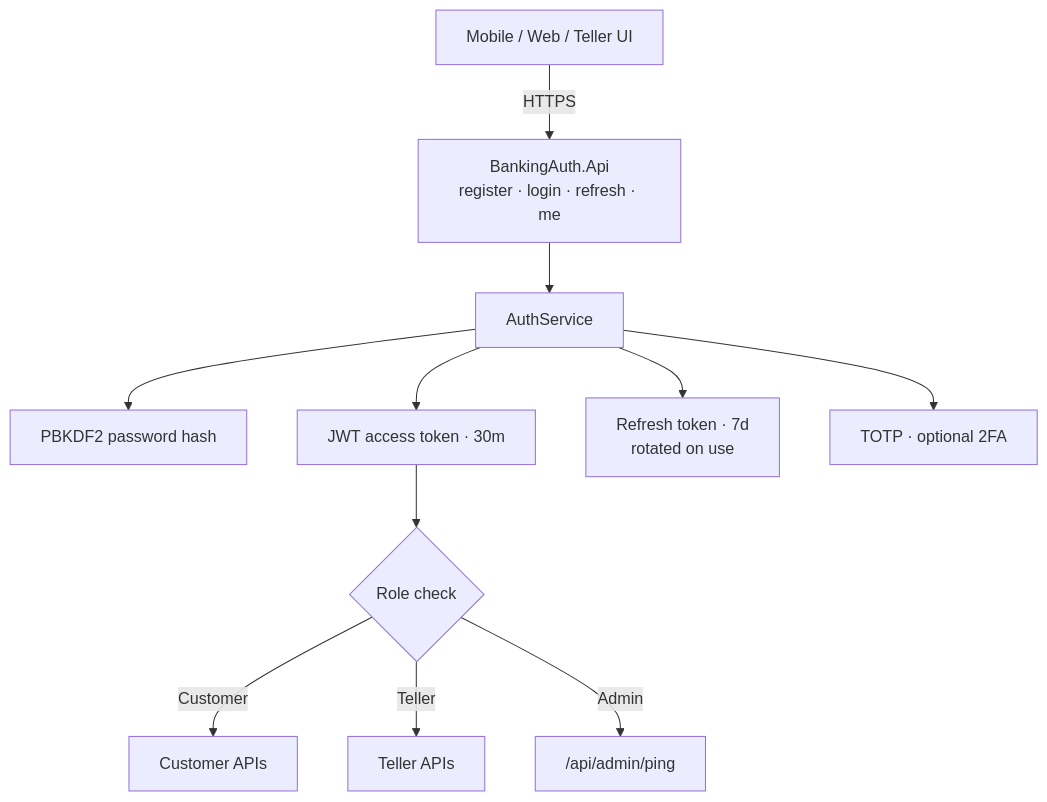
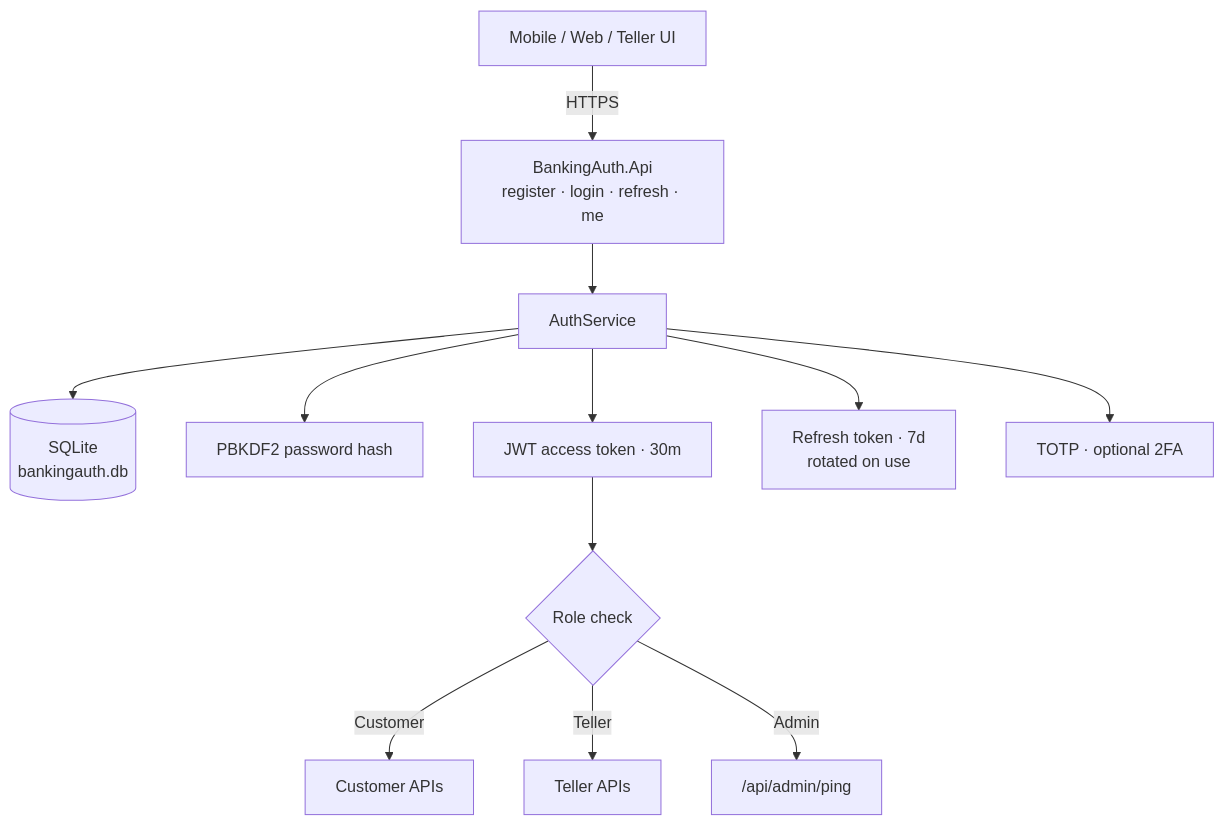
One commit to Dedmoo/banking-auth-service changed the first of 3 diagrams in README.md. Above: the diagram before and after it, drawn with Mermaid. The commit also changed other lines of this file and 18 other files, not shown here.

````diff
--- a/README.md
+++ b/README.md
@@ -9,13 +13,14 @@
 ```mermaid
 flowchart TD
     UI["Mobile / Web / Teller UI"] -->|HTTPS| API["BankingAuth.Api<br/>register · login · refresh · me"]
     API --> Service["AuthService"]
+    Service --> DB[("SQLite<br/>bankingauth.db")]
     Service --> Hash["PBKDF2 password hash"]
     Service --> JWT["JWT access token · 30m"]
     Service --> Refresh["Refresh token · 7d<br/>rotated on use"]
     Service --> TOTP["TOTP · optional 2FA"]
     JWT --> Roles{"Role check"}
     Roles -->|Customer| C["Customer APIs"]
     Roles -->|Teller| T["Teller APIs"]
     Roles -->|Admin| A["/api/admin/ping"]
 ```
````
